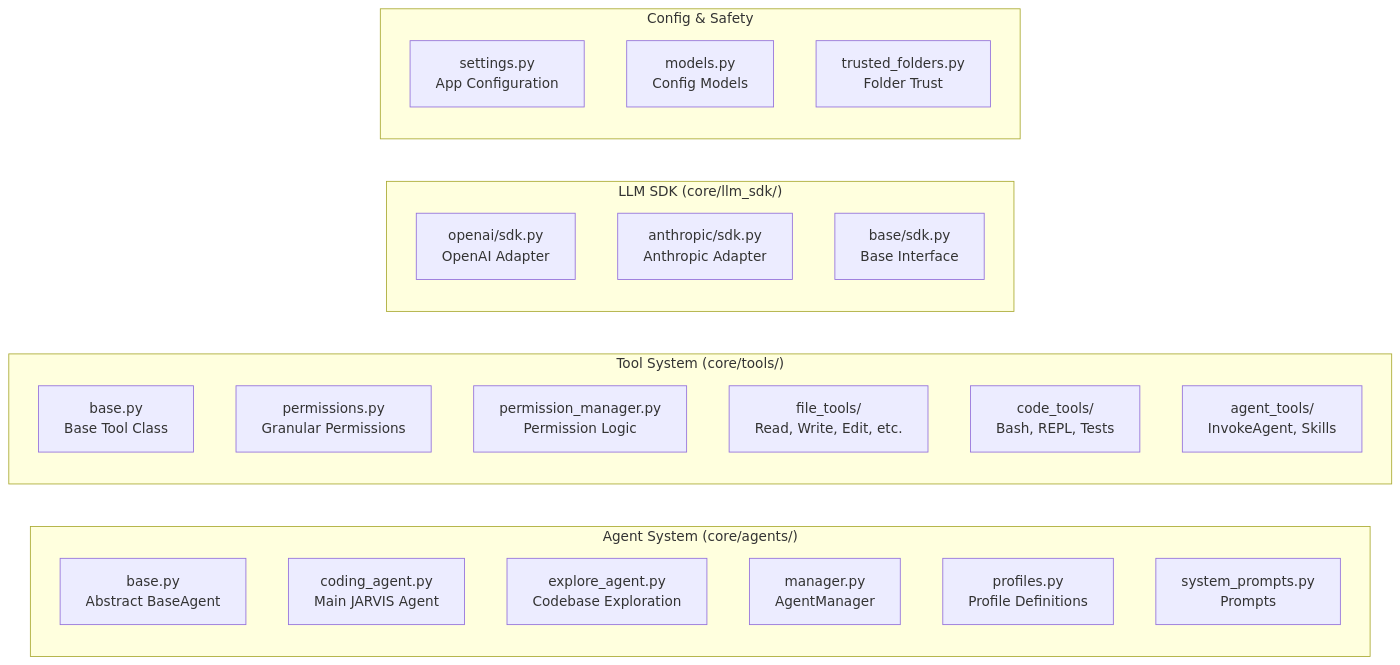
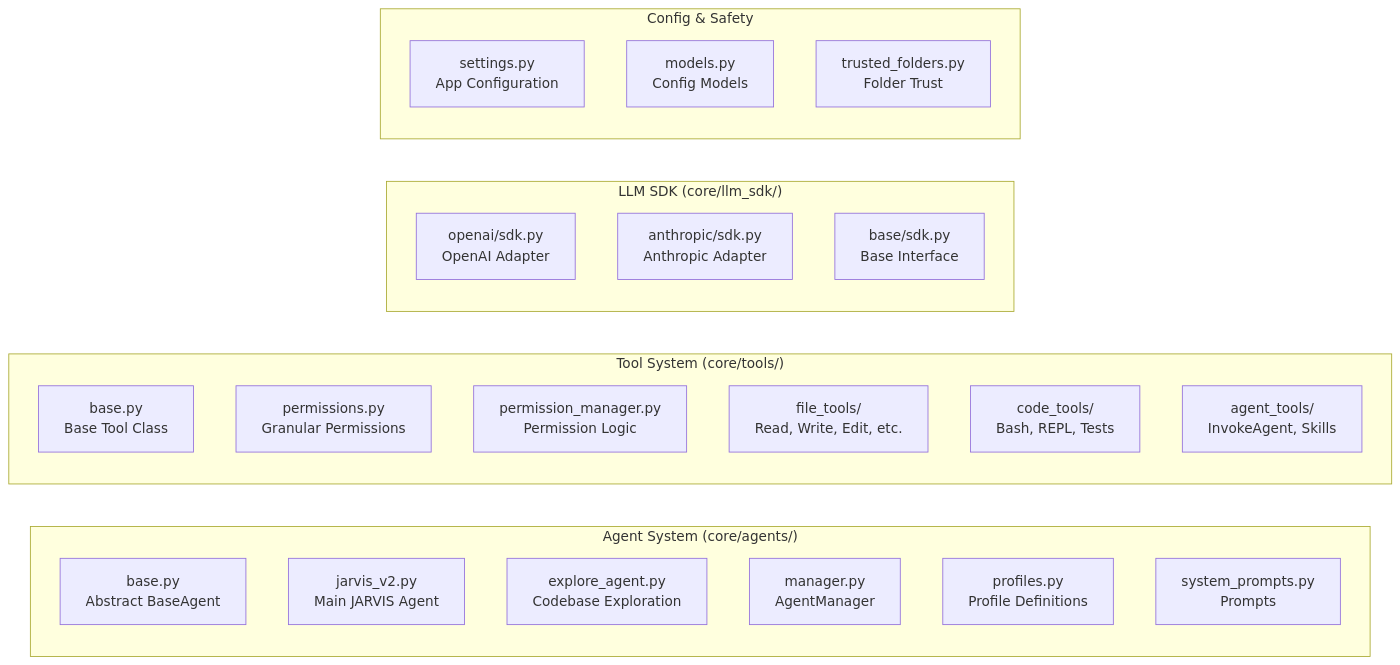
The second of 2 diagrams in README.md (AnonymousCoderArtist/JARVIS-2.0), drawn with Mermaid before and after one commit. The commit also changed other lines of this file and 2 other files, not shown here.

Commit message:
refactor: Rename coding_agent.py to jarvis_v2.py and update related documentation

````diff
--- a/README.md
+++ b/README.md
@@ -91,32 +91,32 @@
 ```mermaid
 graph LR
     subgraph "Agent System (core/agents/)"
         A1[base.py<br/>Abstract BaseAgent]
-        A2[coding_agent.py<br/>Main JARVIS Agent]
+        A2[jarvis_v2.py<br/>Main JARVIS Agent]
         A3[explore_agent.py<br/>Codebase Exploration]
         A4[manager.py<br/>AgentManager]
         A5[profiles.py<br/>Profile Definitions]
         A6[system_prompts.py<br/>Prompts]
     end
 
     subgraph "Tool System (core/tools/)"
         T1[base.py<br/>Base Tool Class]
         T2[permissions.py<br/>Granular Permissions]
         T3[permission_manager.py<br/>Permission Logic]
         T4[file_tools/<br/>Read, Write, Edit, etc.]
         T5[code_tools/<br/>Bash, REPL, Tests]
         T6[agent_tools/<br/>InvokeAgent, Skills]
     end
 
     subgraph "LLM SDK (core/llm_sdk/)"
         L1[openai/sdk.py<br/>OpenAI Adapter]
         L2[anthropic/sdk.py<br/>Anthropic Adapter]
         L3[base/sdk.py<br/>Base Interface]
     end
 
     subgraph "Config & Safety"
         S1[settings.py<br/>App Configuration]
         S2[models.py<br/>Config Models]
         S3[trusted_folders.py<br/>Folder Trust]
     end
 ```
````
